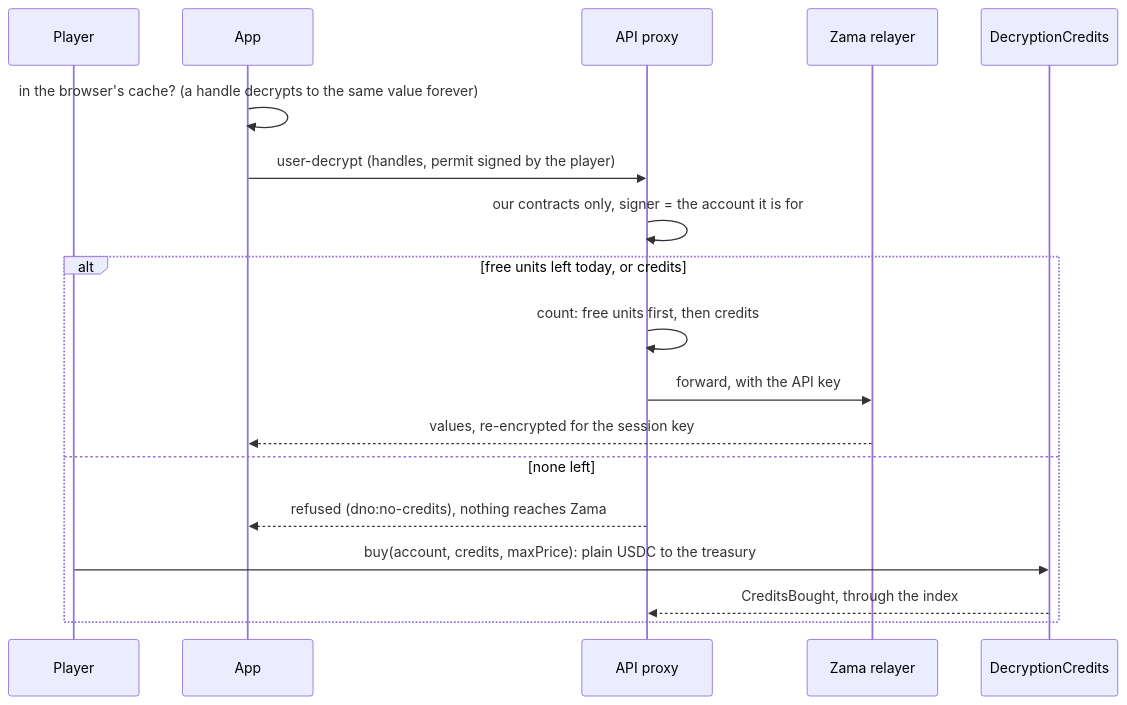
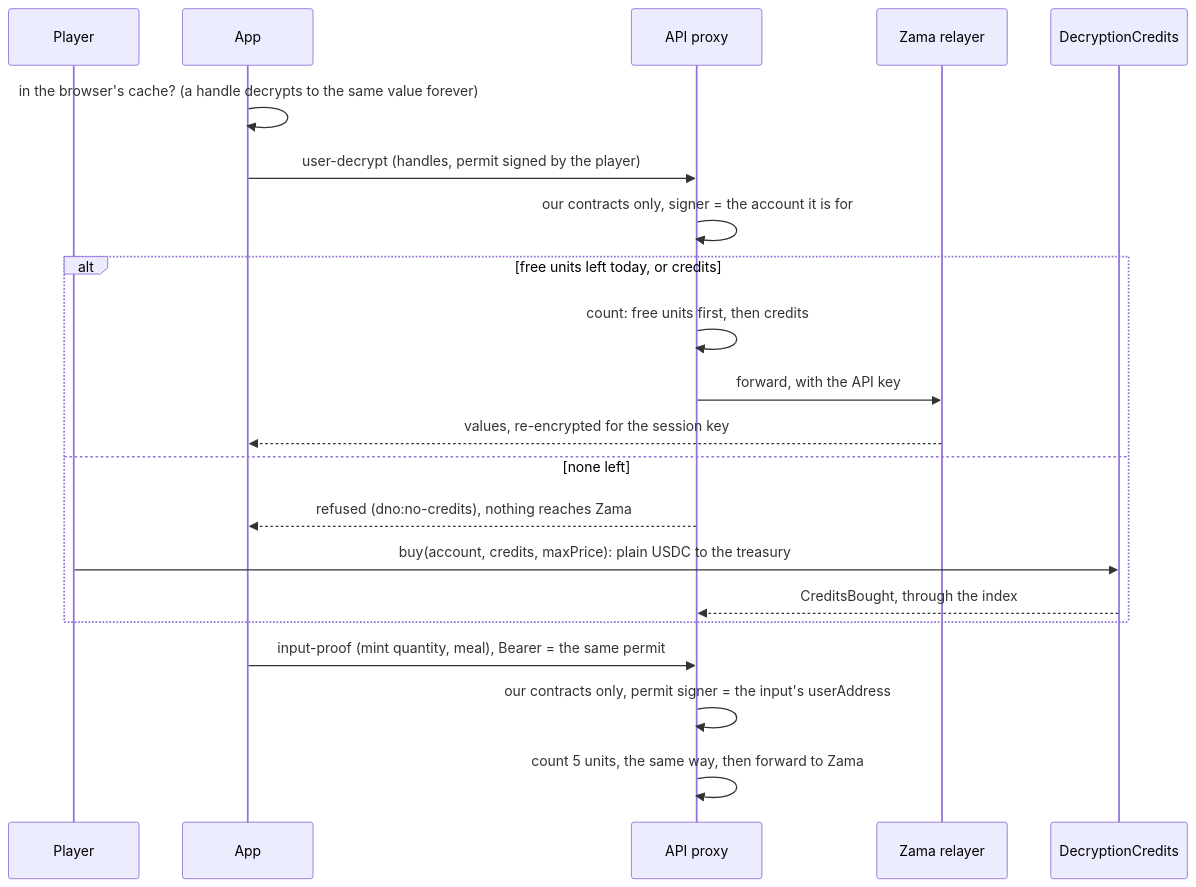
Diagram 14 of 21 in docs/FLOWS.md (jecombe/do_not_open), drawn with Mermaid before and after one commit. The commit also changed other lines of this file and 31 other files, not shown here.

````diff
--- a/docs/FLOWS.md
+++ b/docs/FLOWS.md
@@ -441,20 +442,23 @@
 ```mermaid
 sequenceDiagram
   participant U as Player
   participant App
   participant P as API proxy
   participant K as Zama relayer
   participant DC as DecryptionCredits
   App->>App: in the browser's cache? (a handle decrypts to the same value forever)
   App->>P: user-decrypt (handles, permit signed by the player)
   P->>P: our contracts only, signer = the account it is for
   alt free units left today, or credits
     P->>P: count: free units first, then credits
     P->>K: forward, with the API key
     K-->>App: values, re-encrypted for the session key
   else none left
     P-->>App: refused (dno:no-credits), nothing reaches Zama
     U->>DC: buy(account, credits, maxPrice): plain USDC to the treasury
     DC-->>P: CreditsBought, through the index
   end
+  App->>P: input-proof (mint quantity, meal), Bearer = the same permit
+  P->>P: our contracts only, permit signer = the input's userAddress
+  P->>P: count 5 units, the same way, then forward to Zama
 ```
````
